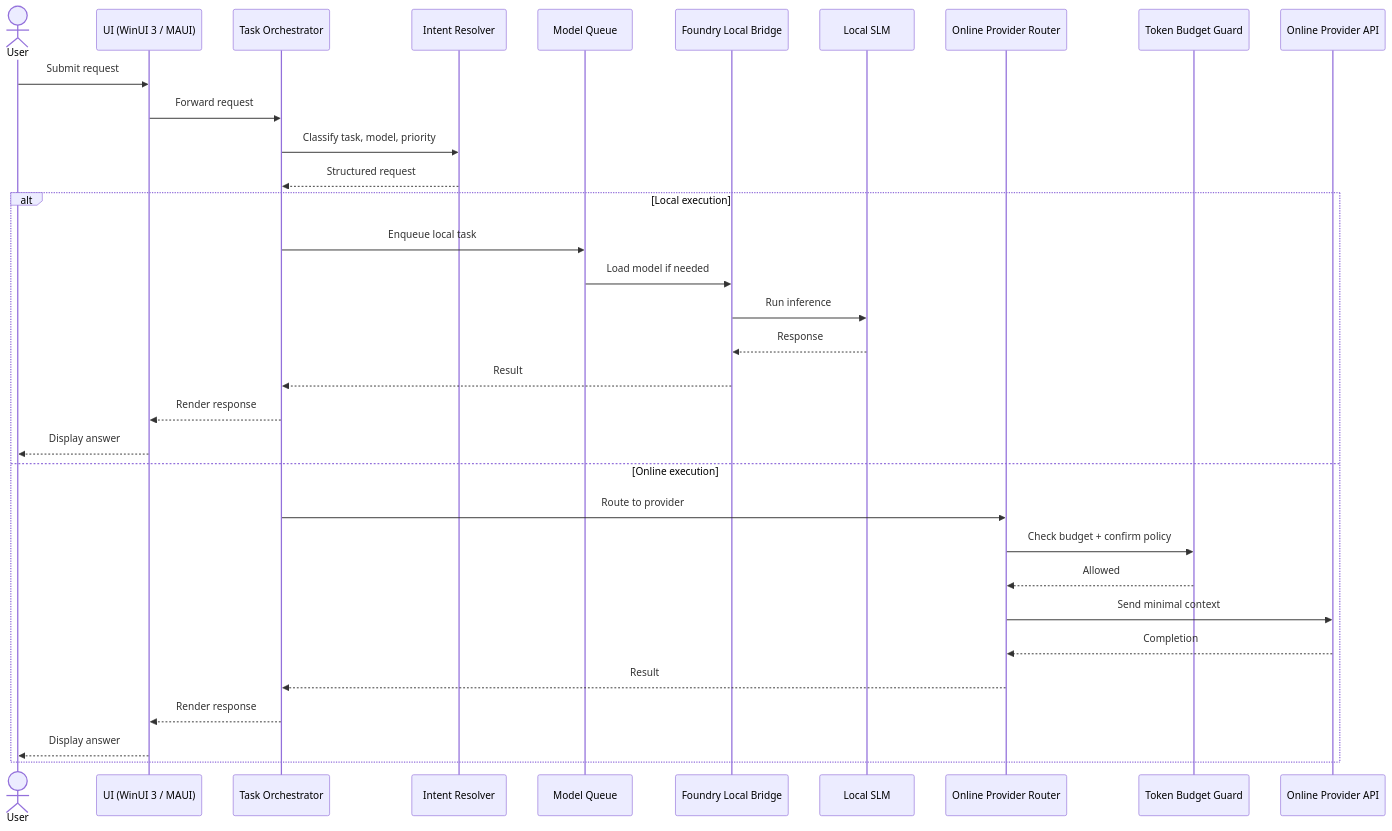
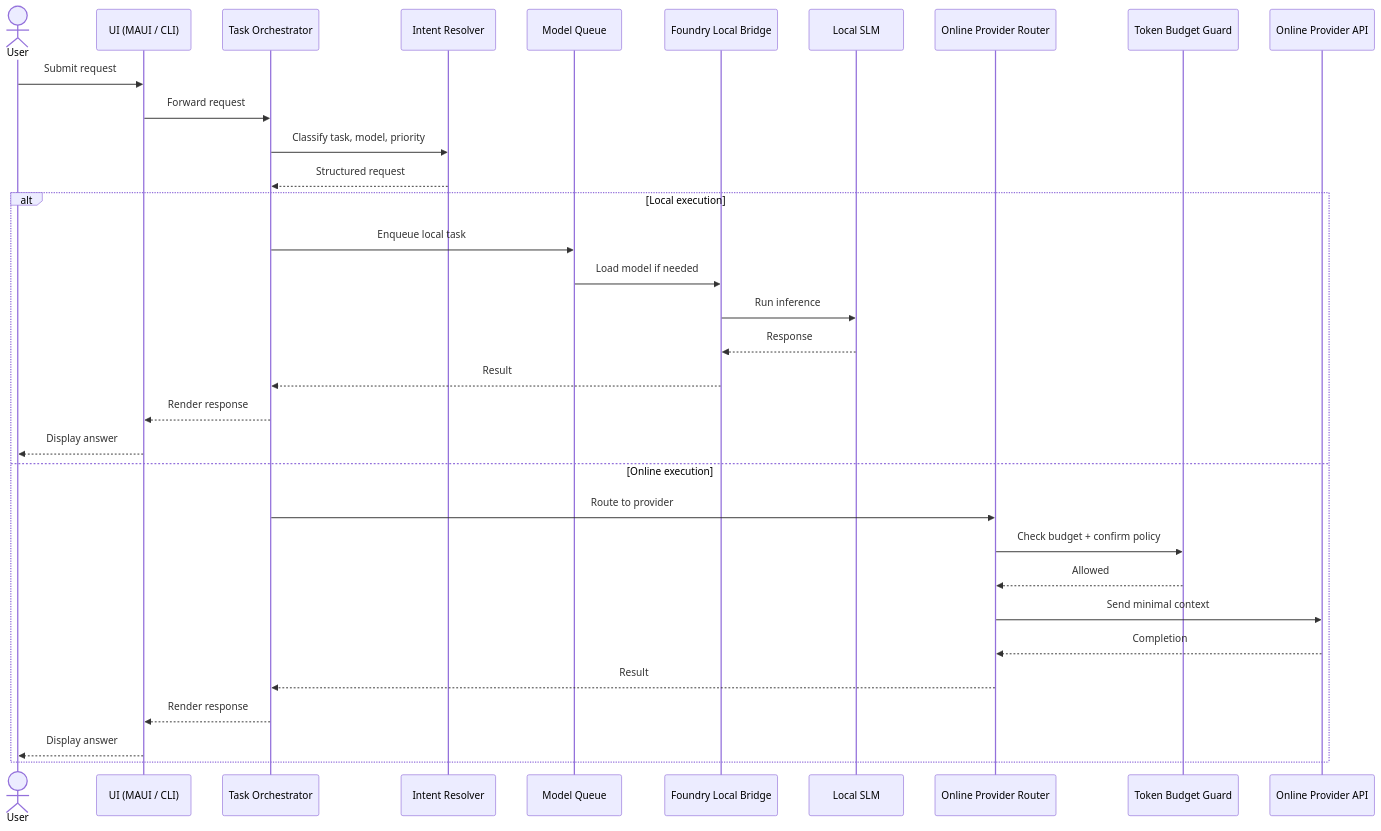
Before and after one commit to stevecisco/daiv3: the diagram in Docs/Requirements/Architecture/sequence-user-request.md, drawn with Mermaid. The commit also changed 11 other files, not shown here.

Commit message:
Updating copilto instructions, design documents, dependencies, architectural docs, etc

````diff
--- a/Docs/Requirements/Architecture/sequence-user-request.md
+++ b/Docs/Requirements/Architecture/sequence-user-request.md
@@ -3,37 +3,37 @@
 ```mermaid
 sequenceDiagram
     actor User
-    participant UI as UI (WinUI 3 / MAUI)
+    participant UI as UI (MAUI / CLI)
     participant Orchestrator as Task Orchestrator
     participant Intent as Intent Resolver
     participant Queue as Model Queue
     participant Foundry as Foundry Local Bridge
     participant LocalModel as Local SLM
     participant Router as Online Provider Router
     participant Budget as Token Budget Guard
     participant Provider as Online Provider API
 
     User->>UI: Submit request
     UI->>Orchestrator: Forward request
     Orchestrator->>Intent: Classify task, model, priority
     Intent-->>Orchestrator: Structured request
 
     alt Local execution
         Orchestrator->>Queue: Enqueue local task
         Queue->>Foundry: Load model if needed
         Foundry->>LocalModel: Run inference
         LocalModel-->>Foundry: Response
         Foundry-->>Orchestrator: Result
         Orchestrator-->>UI: Render response
         UI-->>User: Display answer
     else Online execution
         Orchestrator->>Router: Route to provider
         Router->>Budget: Check budget + confirm policy
         Budget-->>Router: Allowed
         Router->>Provider: Send minimal context
         Provider-->>Router: Completion
         Router-->>Orchestrator: Result
         Orchestrator-->>UI: Render response
         UI-->>User: Display answer
     end
 ```
````
